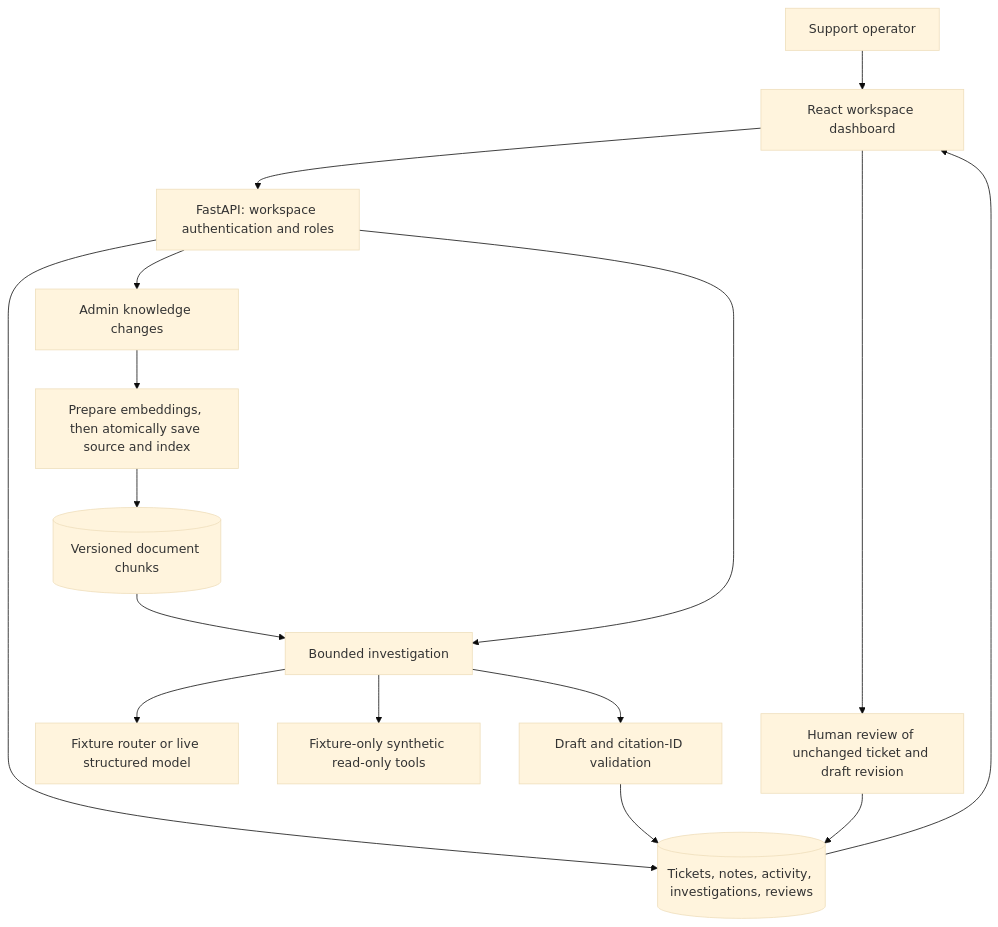
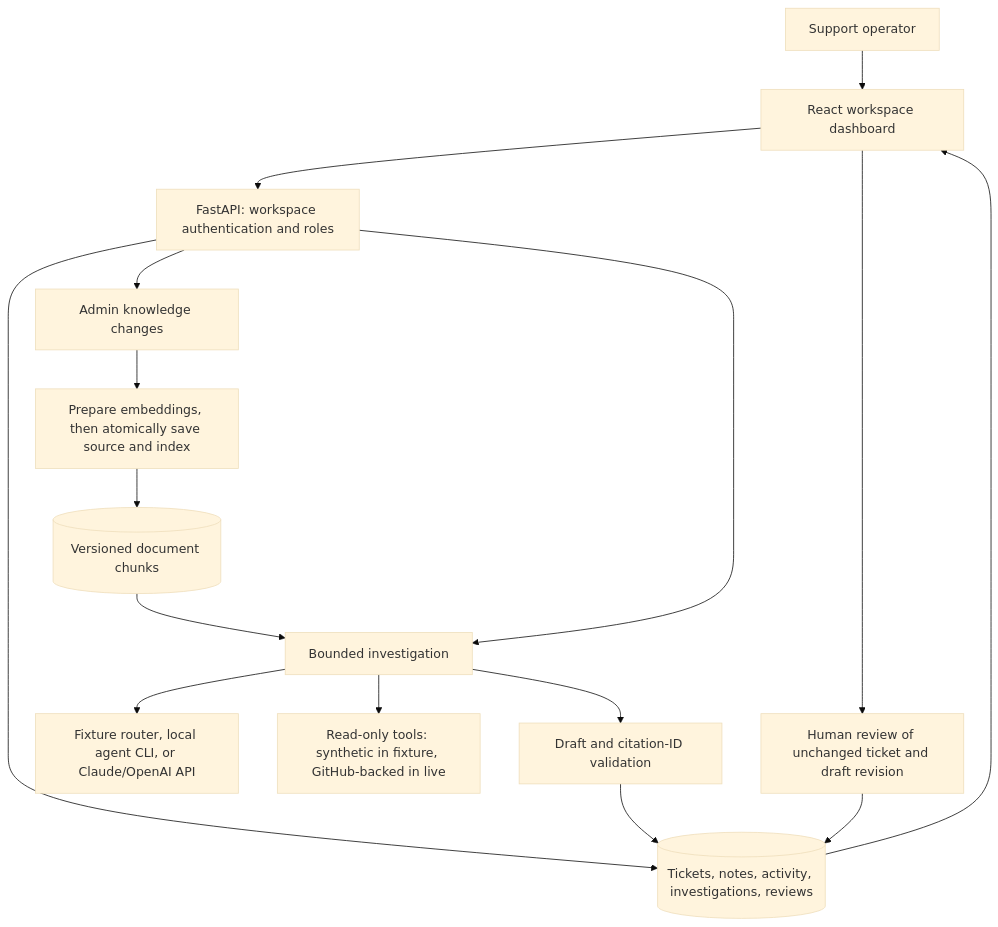
Before and after one commit to ayushap18/supportpilot: the diagram in docs/ARCHITECTURE.md, drawn with Mermaid (base theme). The commit also changed other lines of this file and 7 other files, not shown here.

Commit message:
Rewrite README and update docs for GitHub sign-in, live mode without API keys, runners, and Mission control; add launch video

````diff
--- a/docs/ARCHITECTURE.md
+++ b/docs/ARCHITECTURE.md
@@ -7,18 +7,18 @@
 ```mermaid
 flowchart TD
     U[Support operator] --> UI[React workspace dashboard]
     UI --> API[FastAPI: workspace authentication and roles]
     API --> DB[(Tickets, notes, activity, investigations, reviews)]
     API --> K[Admin knowledge changes]
     K --> I[Prepare embeddings, then atomically save source and index]
     I --> V[(Versioned document chunks)]
     API --> W[Bounded investigation]
     V --> W
-    W --> P[Fixture router or live structured model]
-    W --> T[Fixture-only synthetic read-only tools]
+    W --> P[Fixture router, local agent CLI, or Claude/OpenAI API]
+    W --> T[Read-only tools: synthetic in fixture, GitHub-backed in live]
     W --> D[Draft and citation-ID validation]
     D --> DB
     DB --> UI
     UI --> R[Human review of unchanged ticket and draft revision]
     R --> DB
 ```
````
